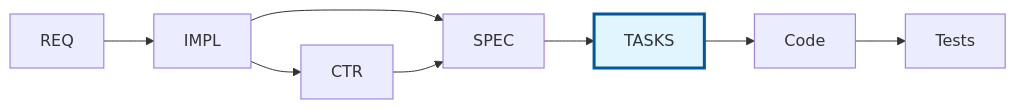
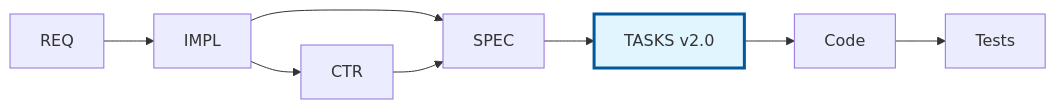
Before and after one commit to vladm3105/aidoc-flow-framework: the first of 2 diagrams in ai_dev_flow/11_TASKS/TASKS-00_index.md, drawn with Mermaid. The commit also changed other lines of this file and 52 other files, not shown here.

````diff
--- a/ai_dev_flow/11_TASKS/TASKS-00_index.md
+++ b/ai_dev_flow/11_TASKS/TASKS-00_index.md
@@ -29,12 +31,12 @@
 ```mermaid
 flowchart LR
     REQ[REQ] --> IMPL[IMPL]
     IMPL --> CTR[CTR]
     IMPL --> SPEC[SPEC]
     CTR --> SPEC
-    SPEC --> TASKS[TASKS]
+    SPEC --> TASKS[TASKS v2.0]
     TASKS --> Code
     Code --> Tests
 
     style TASKS fill:#e1f5fe,stroke:#01579b,stroke-width:3px
 ```
````
